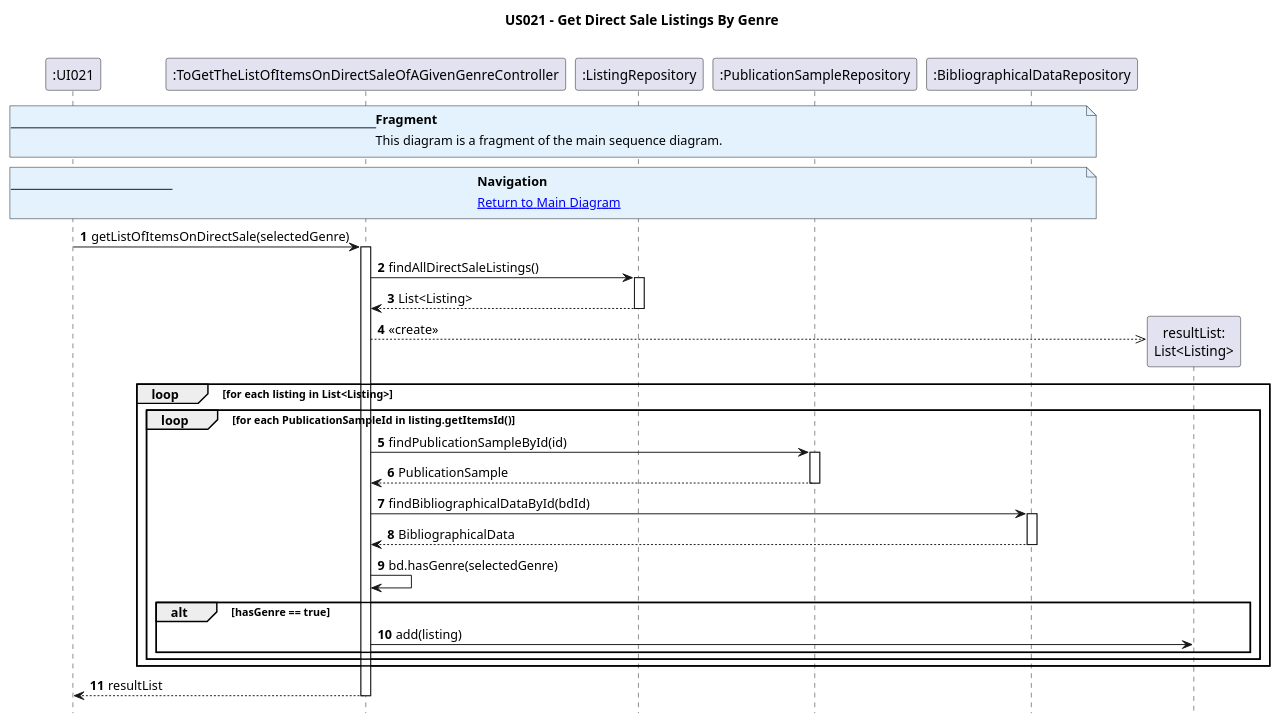
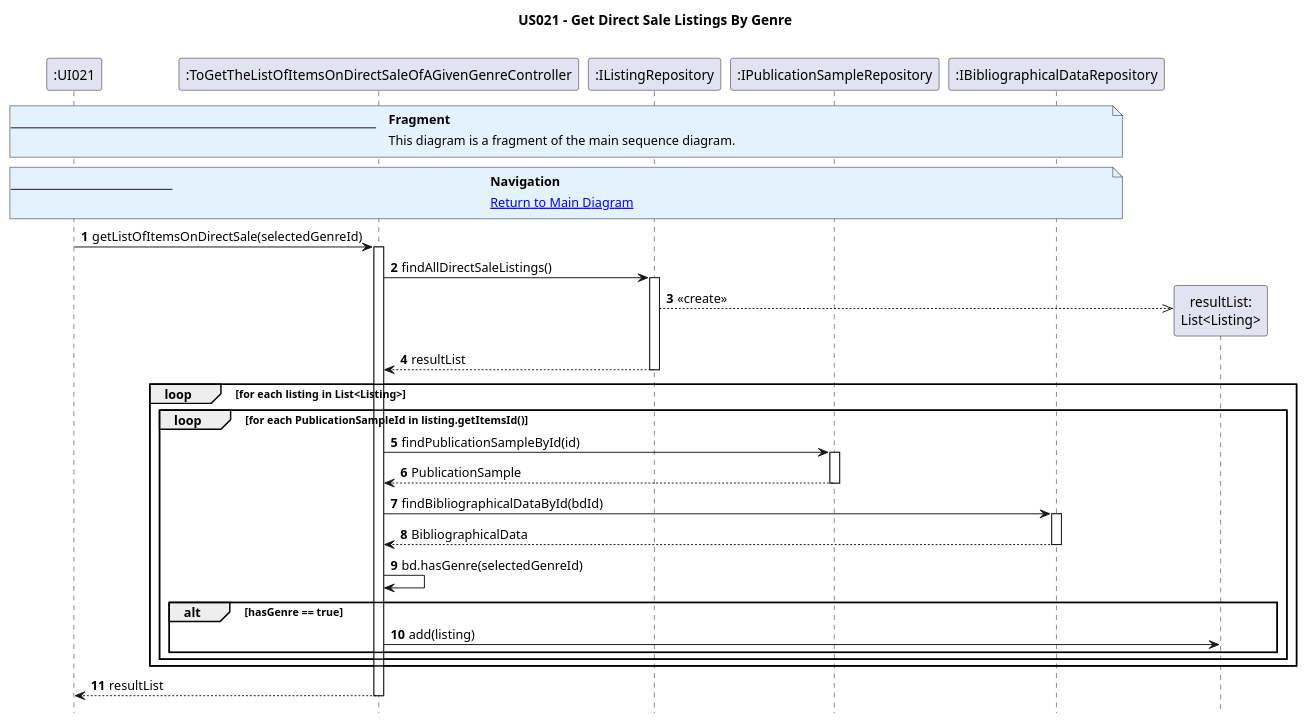
One commit to AndrePereiraGitH/SWitCH-Project-Team_A changed the diagram in Diagrams/SequenceDiagrams/N2/US021-to-get-the-list-of-items-on-direct-sale-of-a-given-genre/3.GetDirectSaleListingsByGenre.puml. Above: the diagram before and after it, drawn with PlantUML. The commit also changed 5 other files, not shown here.

```diff
--- a/Diagrams/SequenceDiagrams/N2/US021-to-get-the-list-of-items-on-direct-sale-of-a-given-genre/3.GetDirectSaleListingsByGenre.puml
+++ b/Diagrams/SequenceDiagrams/N2/US021-to-get-the-list-of-items-on-direct-sale-of-a-given-genre/3.GetDirectSaleListingsByGenre.puml
@@ -1,58 +1,57 @@
 @startuml
 hide footbox
 autonumber
 title US021 - Get Direct Sale Listings By Genre
 
 participant ":UI021" as UI
 participant ":ToGetTheListOfItemsOnDirectSaleOfAGivenGenreController" as Ctrl
-participant ":ListingRepository" as listingRepo
-participant ":PublicationSampleRepository" as pubSampleRepo
-participant ":BibliographicalDataRepository" as bdRepo
+participant ":IListingRepository" as IlistingRepo
+participant ":IPublicationSampleRepository" as IpubSampleRepo
+participant ":IBibliographicalDataRepository" as IbdRepo
 participant "resultList:\nList<Listing>" as ResultList
 
-note over UI, bdRepo #E3F2FD
+note over UI, IbdRepo #E3F2FD
 <b>Fragment</b>
 ---
 This diagram is a fragment of the main sequence diagram.
 end note
 
-note over UI, bdRepo #E3F2FD
+note over UI, IbdRepo #E3F2FD
 <b>Navigation</b>
 ---
 [[1.MainDiagram.puml Return to Main Diagram]]
 end note
 
-UI -> Ctrl : getListOfItemsOnDirectSale(selectedGenre)
+UI -> Ctrl : getListOfItemsOnDirectSale(selectedGenreId)
 activate Ctrl
 
-Ctrl -> listingRepo : findAllDirectSaleListings()
-activate listingRepo
-listingRepo --> Ctrl : List<Listing>
-deactivate listingRepo
-
-Ctrl -->> ResultList ** : <<create>>
+Ctrl -> IlistingRepo : findAllDirectSaleListings()
+activate IlistingRepo
+IlistingRepo -->> ResultList ** : «create»
+IlistingRepo --> Ctrl : resultList
+deactivate IlistingRepo
 
 loop for each listing in List<Listing>
     loop for each PublicationSampleId in listing.getItemsId()
-        Ctrl -> pubSampleRepo : findPublicationSampleById(id)
-        activate pubSampleRepo
-        pubSampleRepo --> Ctrl : PublicationSample
-        deactivate pubSampleRepo
+        Ctrl -> IpubSampleRepo : findPublicationSampleById(id)
+        activate IpubSampleRepo
+        IpubSampleRepo --> Ctrl : PublicationSample
+        deactivate IpubSampleRepo
 
-        Ctrl -> bdRepo : findBibliographicalDataById(bdId)
-        activate bdRepo
-        bdRepo --> Ctrl : BibliographicalData
-        deactivate bdRepo
+        Ctrl -> IbdRepo : findBibliographicalDataById(bdId)
+        activate IbdRepo
+        IbdRepo --> Ctrl : BibliographicalData
+        deactivate IbdRepo
 
-        Ctrl -> Ctrl : bd.hasGenre(selectedGenre)
+        Ctrl -> Ctrl : bd.hasGenre(selectedGenreId)
 
         alt hasGenre == true
             Ctrl -> ResultList : add(listing)
         end
     end
 end
 
 Ctrl --> UI : resultList
 deactivate Ctrl
 
 @enduml
```
